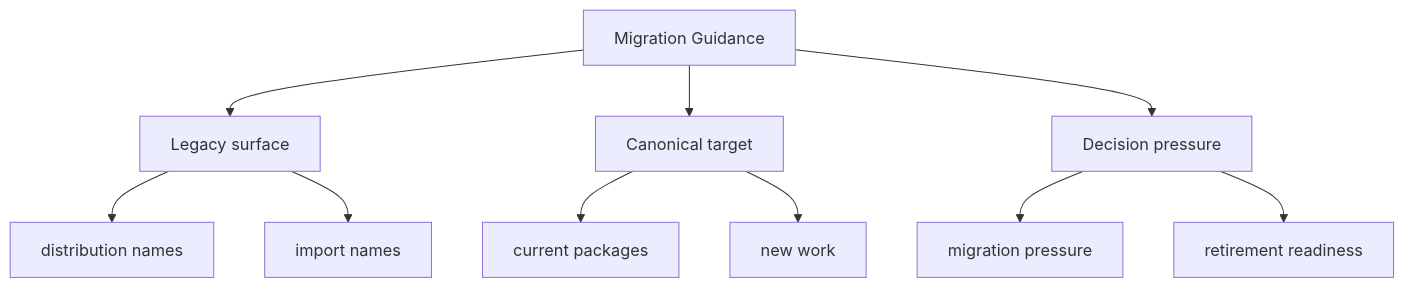
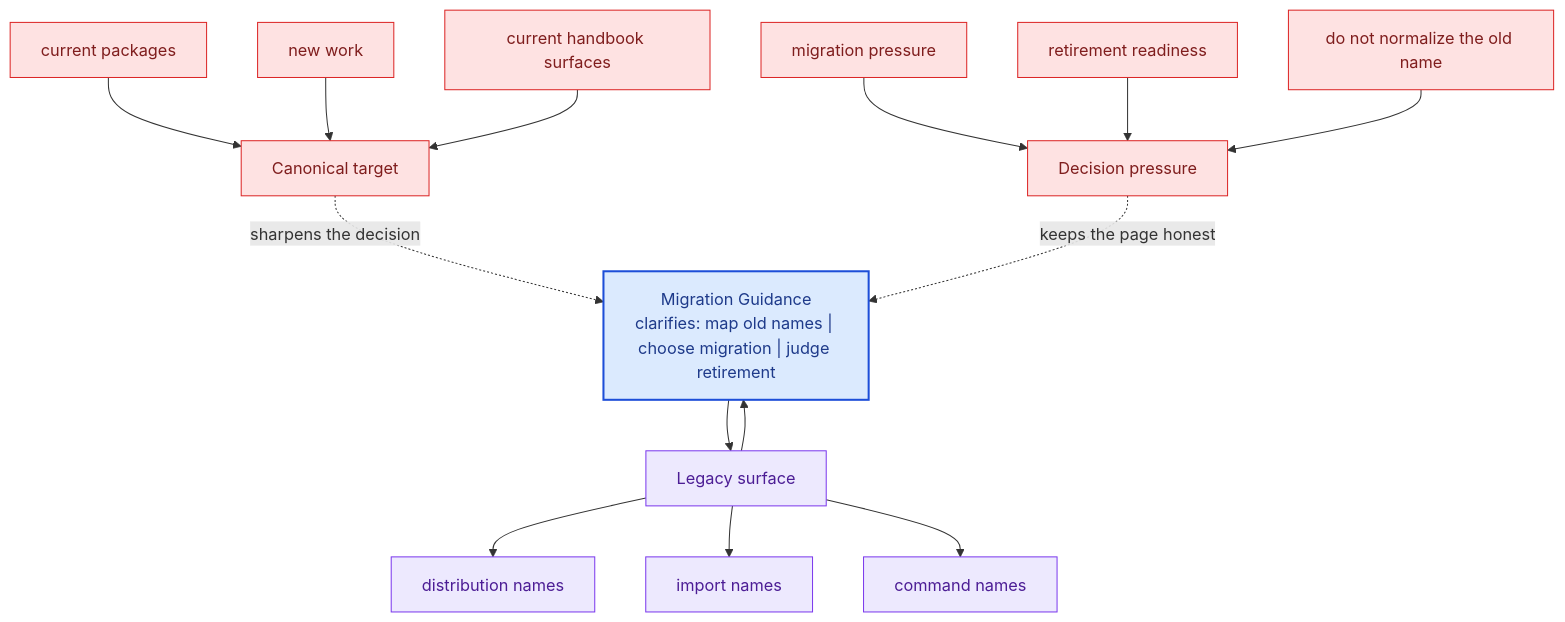
The second of 2 diagrams in docs/compat-packages/migration-guidance.md (bijux/bijux-canon), drawn with Mermaid before and after one commit. The commit also changed other lines of this file and 281 other files, not shown here.

Commit message:
docs(diagrams): deepen handbook mermaid maps across the catalog

````diff
--- a/docs/compat-packages/migration-guidance.md
+++ b/docs/compat-packages/migration-guidance.md
@@ -35,22 +68,40 @@
 ```mermaid
-flowchart TD
-    page["Migration Guidance"]
+flowchart TB
+    promise["Migration Guidance<br/>clarifies: map old names | choose migration | judge retirement"]
+    classDef promise fill:#dbeafe,stroke:#1d4ed8,color:#1e3a8a,stroke-width:2px;
+    classDef driver fill:#dcfce7,stroke:#16a34a,color:#14532d;
+    classDef constraint fill:#fee2e2,stroke:#dc2626,color:#7f1d1d;
+    classDef ground fill:#ede9fe,stroke:#7c3aed,color:#4c1d95;
     focus1["Legacy surface"]
-    page --> focus1
+    focus1 --> promise
+    promise --> focus1
     focus1_1["distribution names"]
     focus1 --> focus1_1
     focus1_2["import names"]
     focus1 --> focus1_2
+    focus1_3["command names"]
+    focus1 --> focus1_3
+    class focus1 ground;
+    class focus1_1,focus1_2,focus1_3 ground;
     focus2["Canonical target"]
-    page --> focus2
+    focus2 -.sharpens the decision.-> promise
     focus2_1["current packages"]
-    focus2 --> focus2_1
+    focus2_1 --> focus2
     focus2_2["new work"]
-    focus2 --> focus2_2
+    focus2_2 --> focus2
+    focus2_3["current handbook surfaces"]
+    focus2_3 --> focus2
+    class focus2 constraint;
+    class focus2_1,focus2_2,focus2_3 constraint;
     focus3["Decision pressure"]
-    page --> focus3
+    focus3 -.keeps the page honest.-> promise
     focus3_1["migration pressure"]
-    focus3 --> focus3_1
+    focus3_1 --> focus3
     focus3_2["retirement readiness"]
-    focus3 --> focus3_2
+    focus3_2 --> focus3
+    focus3_3["do not normalize the old name"]
+    focus3_3 --> focus3
+    class focus3 constraint;
+    class focus3_1,focus3_2,focus3_3 constraint;
+    class promise promise;
 ```
````
